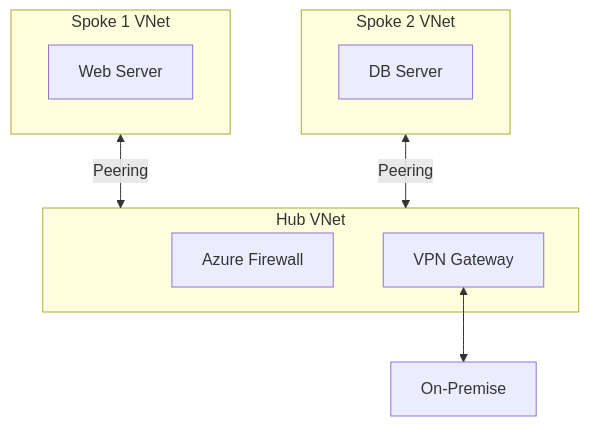
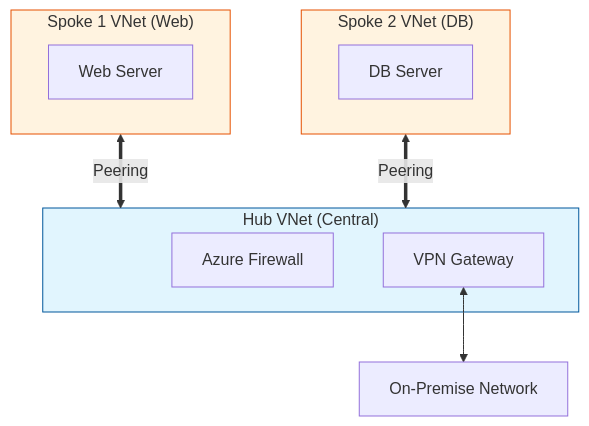
The diagram in _posts/cloud-azure/2025-08-07-VNet_Peering_study.md (HamaPr/HamaPr.github.io), drawn with Mermaid before and after one commit. The commit also changed other lines of this file and 94 other files, not shown here.

````diff
--- a/_posts/cloud-azure/2025-08-07-VNet_Peering_study.md
+++ b/_posts/cloud-azure/2025-08-07-VNet_Peering_study.md
@@ -30,16 +25,24 @@
 ```mermaid
 flowchart TB
-    subgraph Hub["Hub VNet"]
+    subgraph Hub ["Hub VNet (Central)"]
         FW["Azure Firewall"]
         VPN["VPN Gateway"]
     end
-    subgraph Spoke1["Spoke 1 VNet"]
-        VM1["Web Server"]
+    
+    subgraph Spoke1 ["Spoke 1 VNet (Web)"]
+        WebVM["Web Server"]
     end
-    subgraph Spoke2["Spoke 2 VNet"]
-        VM2["DB Server"]
+    
+    subgraph Spoke2 ["Spoke 2 VNet (DB)"]
+        DbVM["DB Server"]
     end
-    Spoke1 <--Peering--> Hub
-    Spoke2 <--Peering--> Hub
-    VPN <--> OnPrem["On-Premise"]
+    
+    Spoke1 <== "Peering" ==> Hub
+    Spoke2 <== "Peering" ==> Hub
+    VPN <--> OnPrem["On-Premise Network"]
+    
+    classDef hub fill:#e1f5fe,stroke:#01579b
+    classDef spoke fill:#fff3e0,stroke:#e65100
+    class Hub hub
+    class Spoke1,Spoke2 spoke
 ```
````
